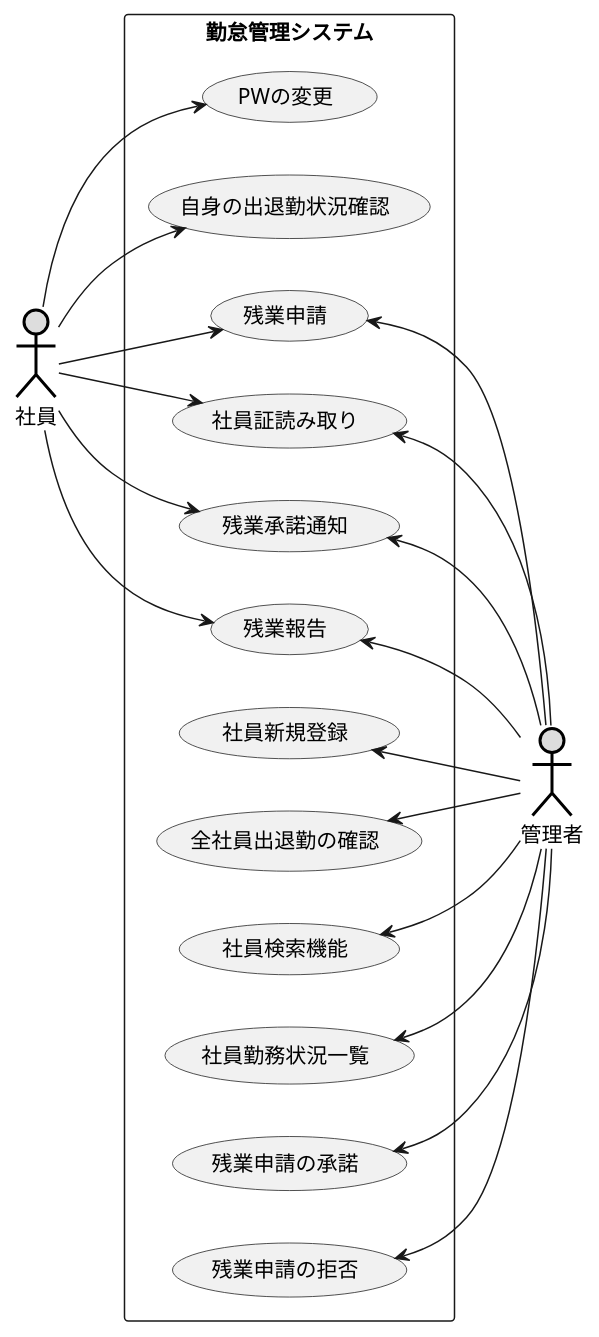
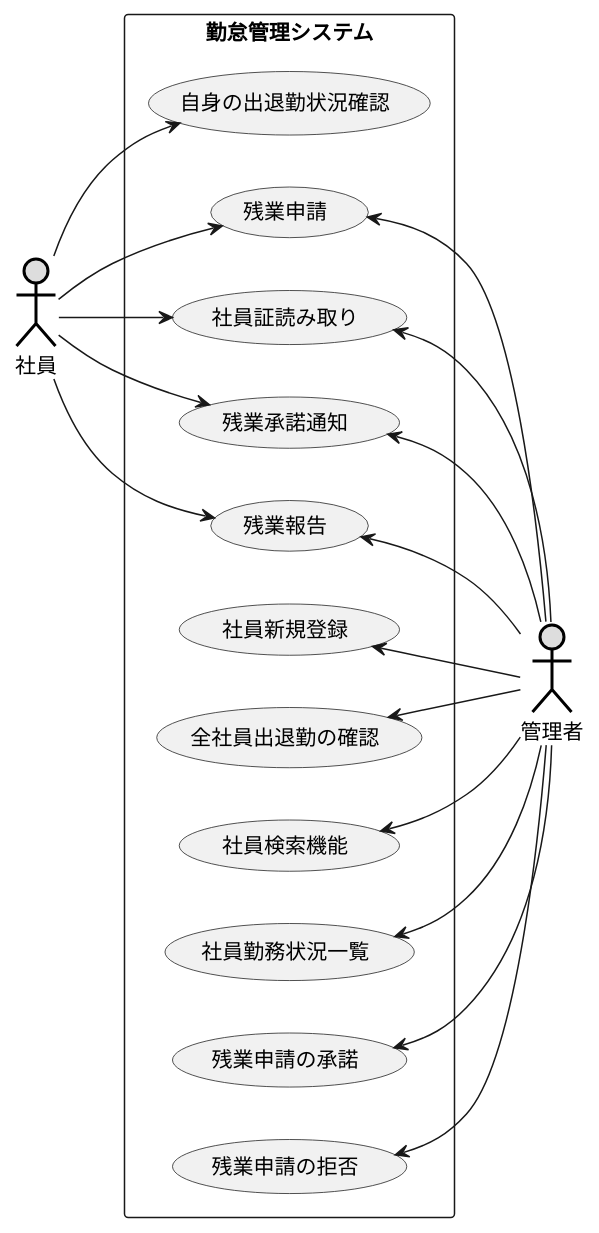
Before and after one commit to hosoya0503/uml-intro: the diagram in pro.pu, drawn with PlantUML.

Commit message:
手直し

```diff
--- a/pro.pu
+++ b/pro.pu
@@ -1,41 +1,39 @@
 @startuml プロジェクト開発
 left to right direction
 actor 社員 #DDDDDD;line:black;line.bold;
 actor 管理者 #DDDDDD;line:black;line.bold;
 rectangle 勤怠管理システム {
 
-    usecase PWの変更
     usecase 自身の出退勤状況確認
     usecase 残業申請
     usecase 社員証読み取り
     usecase 残業承諾通知
     usecase 残業報告
 
     usecase 社員新規登録
     usecase 全社員出退勤の確認
     usecase 社員検索機能
     usecase 社員勤務状況一覧
     usecase 残業申請の承諾
     usecase 残業申請の拒否
 
 
 }
-社員 --> PWの変更
 社員 --> 社員証読み取り
 社員 --> 自身の出退勤状況確認
 社員 --> 残業申請
 社員 --> 残業承諾通知
 社員 --> 残業報告
 
 社員証読み取り <-- 管理者
 社員新規登録 <-- 管理者
 全社員出退勤の確認 <-- 管理者
 社員検索機能 <-- 管理者
 社員勤務状況一覧 <-- 管理者
 残業申請 <-- 管理者
 残業申請の承諾 <-- 管理者
 残業申請の拒否 <-- 管理者
 残業承諾通知 <-- 管理者
 残業報告 <-- 管理者
 
 @enduml
```
